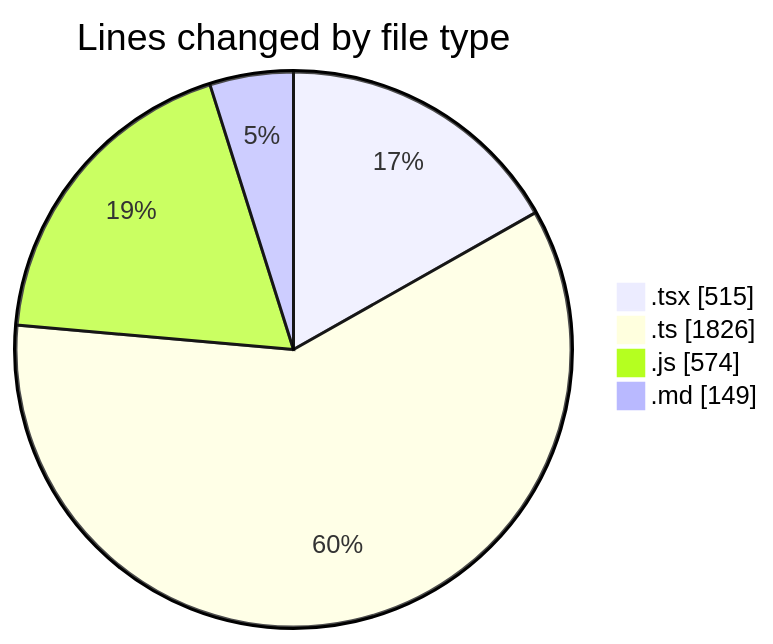
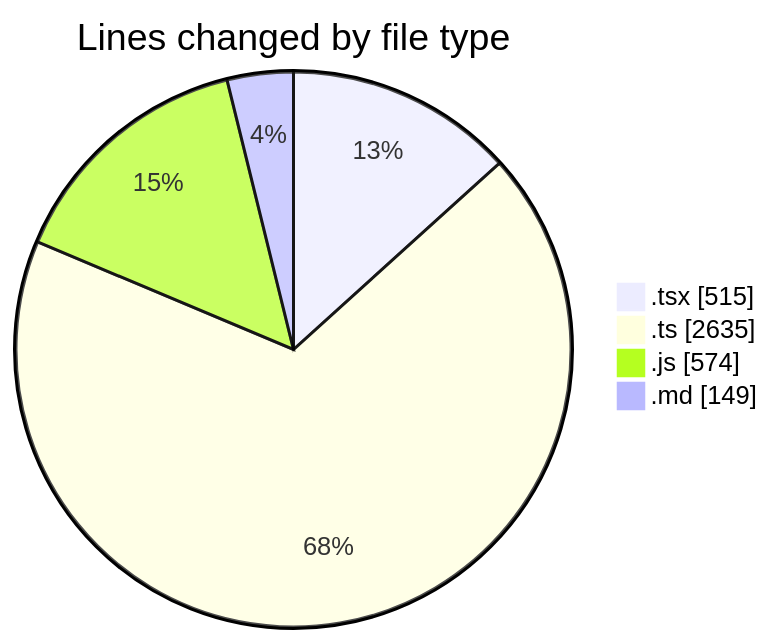
The first of 2 diagrams in 2026-06-04/cda/README.md (momahboobian/code-tracking), drawn with Mermaid before and after one commit. The commit also changed other lines of this file and 1 other file, not shown here.

````diff
--- a/2026-06-04/cda/README.md
+++ b/2026-06-04/cda/README.md
@@ -35,8 +35,8 @@
 ```mermaid
 pie showData
 title Lines changed by file type
 ".tsx" : 515
-".ts" : 1826
+".ts" : 2635
 ".js" : 574
 ".md" : 149
 ```
````
